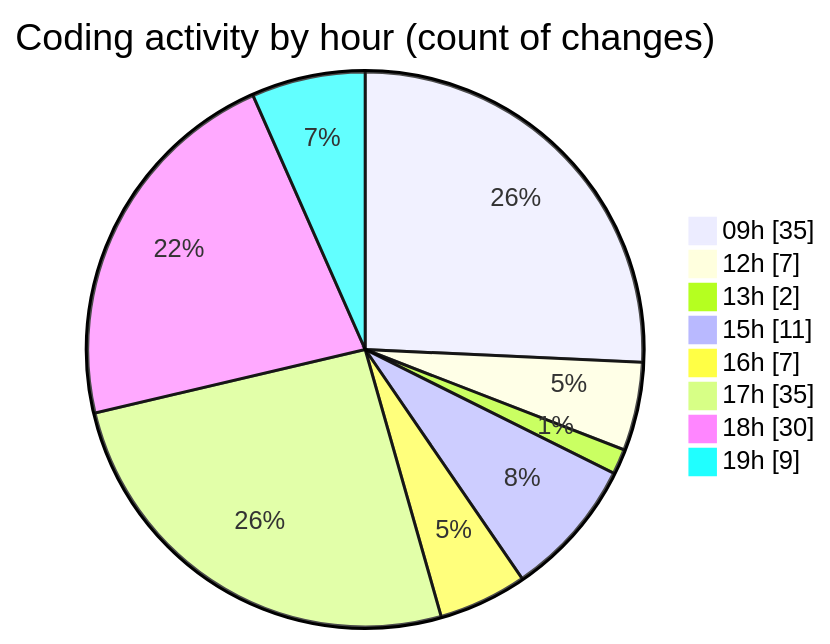
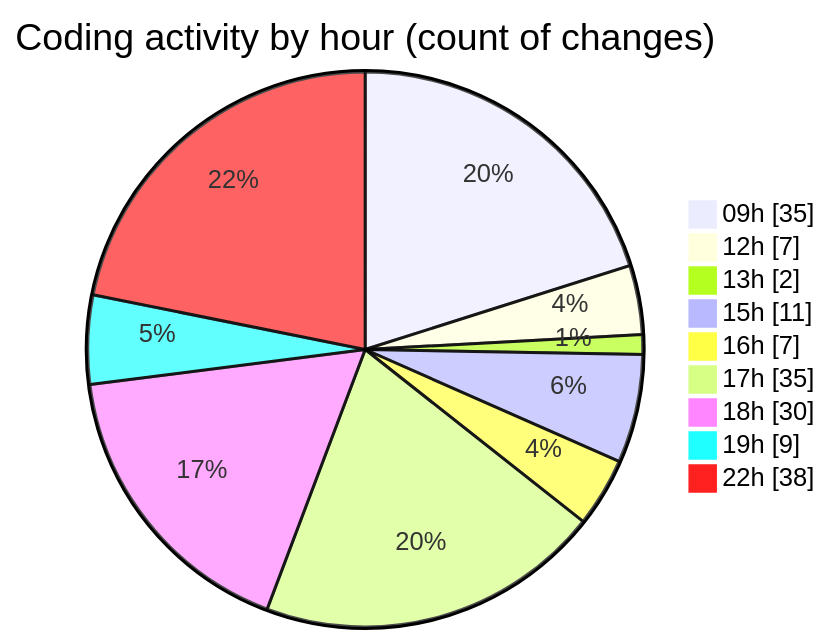
Before and after one commit to momahboobian/code-tracking: the second of 2 diagrams in 2026-06-11/cda/README.md, drawn with Mermaid. The commit also changed other lines of this file and 1 other file, not shown here.

````diff
--- a/2026-06-11/cda/README.md
+++ b/2026-06-11/cda/README.md
@@ -71,12 +71,13 @@
 ```mermaid
 pie showData
 title Coding activity by hour (count of changes)
 "09h" : 35
 "12h" : 7
 "13h" : 2
 "15h" : 11
 "16h" : 7
 "17h" : 35
 "18h" : 30
 "19h" : 9
+"22h" : 38
 ```
````
